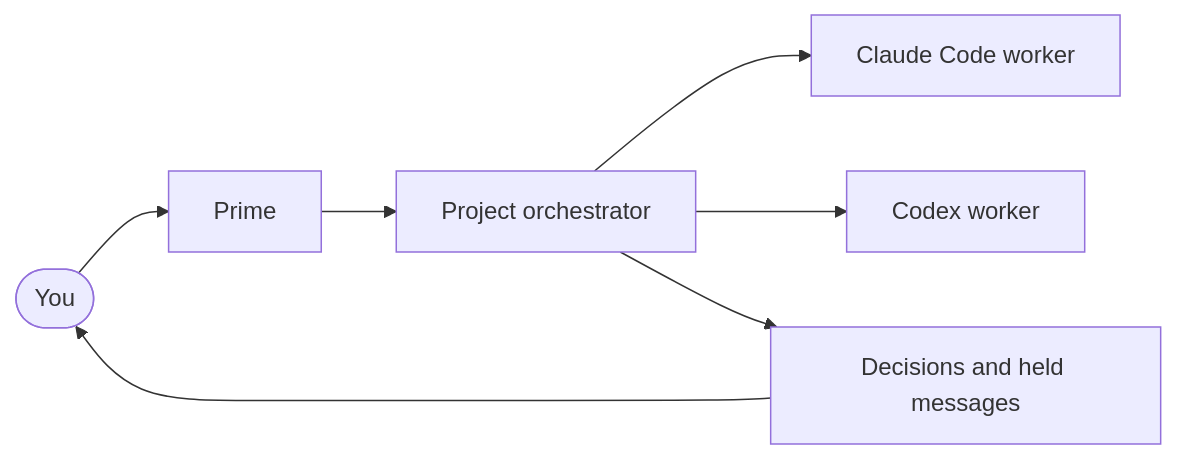
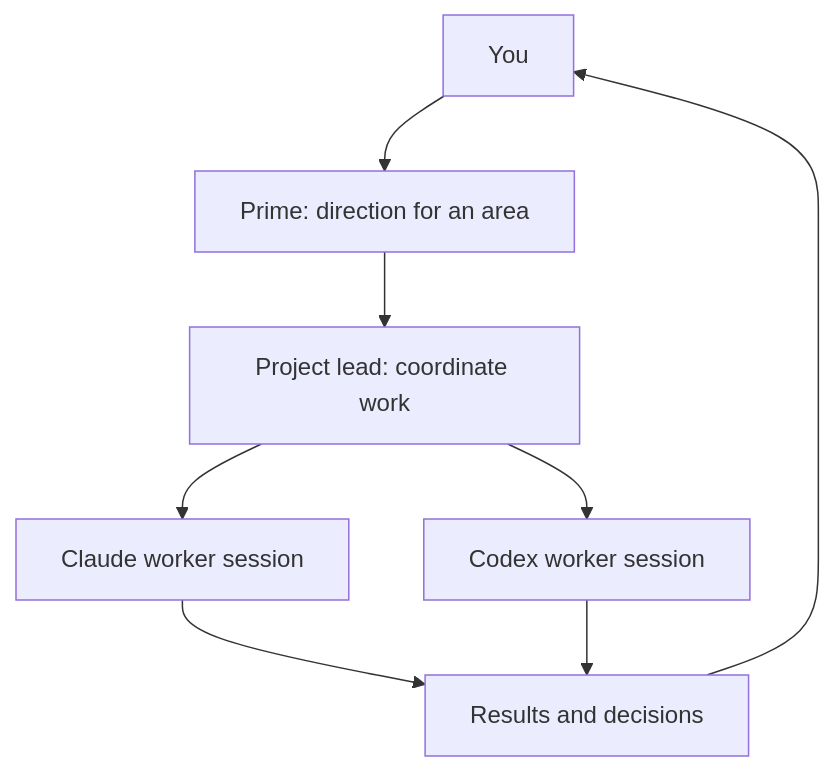
One commit to Subrising/fulcra changed the second of 3 diagrams in README.md. Above: the diagram before and after it, drawn with Mermaid. The commit also changed other lines of this file and 25 other files, not shown here.

````diff
--- a/README.md
+++ b/README.md
@@ -35,9 +105,10 @@
 ```mermaid
-flowchart LR
-  you([You]) --> prime[Prime]
-  prime --> project[Project orchestrator]
-  project --> claude[Claude Code worker]
-  project --> codex[Codex worker]
-  project --> inbox[Decisions and held messages]
-  inbox --> you
+flowchart TD
+  human[You] --> prime[Prime: direction for an area]
+  prime --> lead[Project lead: coordinate work]
+  lead --> claudeWorker[Claude worker session]
+  lead --> codexWorker[Codex worker session]
+  claudeWorker --> decisions[Results and decisions]
+  codexWorker --> decisions
+  decisions --> human
 ```
````
